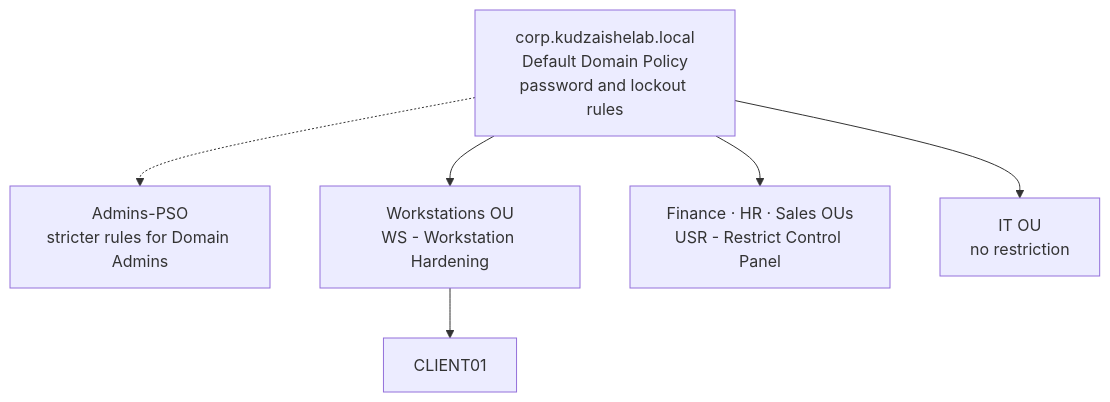
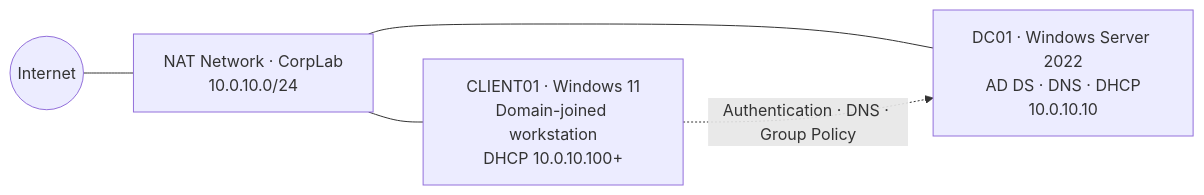
One commit to Kudzaishe-Cloud/AD-Enterprise-Home-Lab changed the diagram in README.md. Above: the diagram before and after it, drawn with Mermaid. The commit also changed other lines of this file, not shown here.

````diff
--- a/README.md
+++ b/README.md
@@ -45,14 +48,12 @@
 ```mermaid
-flowchart TD
-    D["corp.kudzaishelab.local<br/>Default Domain Policy<br/>password and lockout rules"]
-    PSO["Admins-PSO<br/>stricter rules for Domain Admins"]
-    WS["Workstations OU<br/>WS - Workstation Hardening"]
-    U["Finance · HR · Sales OUs<br/>USR - Restrict Control Panel"]
-    IT["IT OU<br/>no restriction"]
-    C["CLIENT01"]
-    D --> WS
-    D --> U
-    D --> IT
-    D -.-> PSO
-    WS --> C
+flowchart LR
+    Internet((Internet))
+    NAT["NAT Network · CorpLab<br/>10.0.10.0/24"]
+    DC01["DC01 · Windows Server 2022<br/>AD DS · DNS · DHCP<br/>10.0.10.10"]
+    CLIENT["CLIENT01 · Windows 11<br/>Domain-joined workstation<br/>DHCP 10.0.10.100+"]
+
+    Internet --- NAT
+    NAT --- DC01
+    NAT --- CLIENT
+    CLIENT -. "Authentication · DNS · Group Policy" .-> DC01
 ```
````
